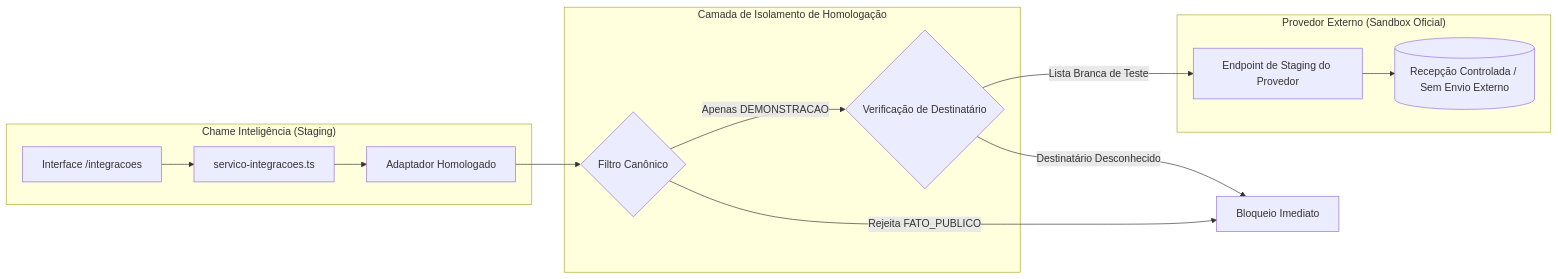
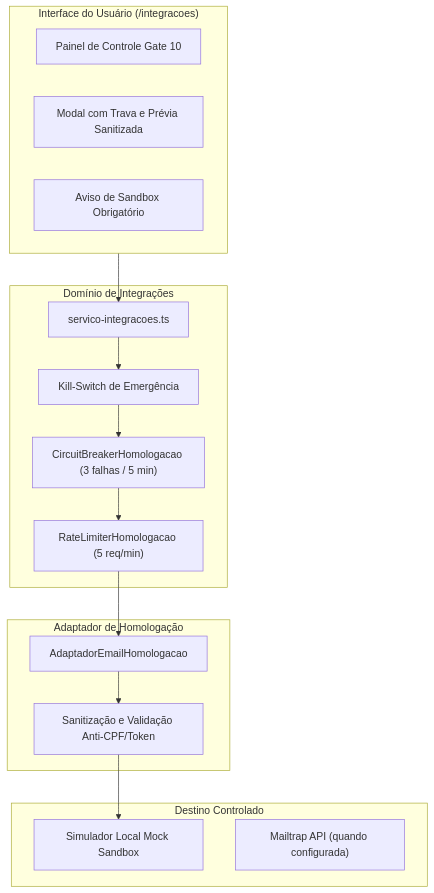
The diagram in docs/GATE_10_HOMOLOGACAO_DE_PROVEDOR.md (Willahc/chame-inteligencia), drawn with Mermaid before and after one commit. The commit also changed other lines of this file and 9 other files, not shown here.

Commit message:
feat: homologa e-mail corporativo somente em mock local

````diff
--- a/docs/GATE_10_HOMOLOGACAO_DE_PROVEDOR.md
+++ b/docs/GATE_10_HOMOLOGACAO_DE_PROVEDOR.md
@@ -85,27 +39,33 @@
 ```mermaid
-flowchart LR
-    subgraph App["Chame Inteligência (Staging)"]
-        UI["Interface /integracoes"]
-        Servico["servico-integracoes.ts"]
-        Adaptador["Adaptador Homologado"]
+flowchart TD
+    subgraph UI["Interface do Usuário (/integracoes)"]
+        Painel["Painel de Controle Gate 10"]
+        Modal["Modal com Trava e Prévia Sanitizada"]
+        Banner["Aviso de Sandbox Obrigatório"]
     end
 
-    subgraph Guard["Camada de Isolamento de Homologação"]
-        Filtro{"Filtro Canônico"}
-        SecCheck{"Verificação de Destinatário"}
+    subgraph Core["Domínio de Integrações"]
+        Servico["servico-integracoes.ts"]
+        CB["CircuitBreakerHomologacao (3 falhas / 5 min)"]
+        RL["RateLimiterHomologacao (5 req/min)"]
+        KS["Kill-Switch de Emergência"]
     end
 
-    subgraph Provider["Provedor Externo (Sandbox Oficial)"]
-        API["Endpoint de Staging do Provedor"]
-        Sink[("Recepção Controlada / Sem Envio Externo")]
+    subgraph Adaptador["Adaptador de Homologação"]
+        EmailHomolog["AdaptadorEmailHomologacao"]
+        Sanitizer["Sanitização e Validação Anti-CPF/Token"]
+    end
+
+    subgraph Sink["Destino Controlado"]
+        MockLocal["Simulador Local Mock Sandbox"]
+        SandboxAPI["Mailtrap API (quando configurada)"]
     end
 
     UI --> Servico
-    Servico --> Adaptador
-    Adaptador --> Filtro
-    Filtro -- "Apenas DEMONSTRACAO" --> SecCheck
-    Filtro -- "Rejeita FATO_PUBLICO" --> Bloq["Bloqueio Imediato"]
-    SecCheck -- "Lista Branca de Teste" --> API
-    SecCheck -- "Destinatário Desconhecido" --> Bloq
-    API --> Sink
+    Servico --> KS
+    KS --> CB
+    CB --> RL
+    RL --> EmailHomolog
+    EmailHomolog --> Sanitizer
+    Sanitizer --> MockLocal
 ```
````
